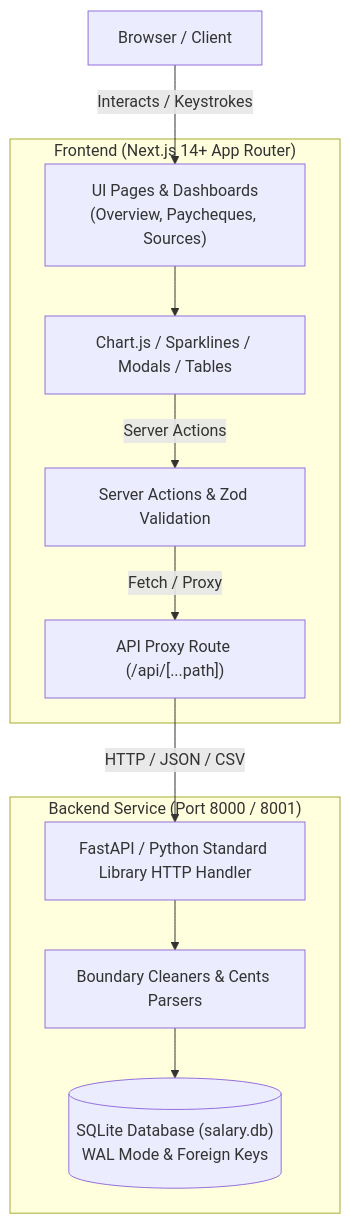
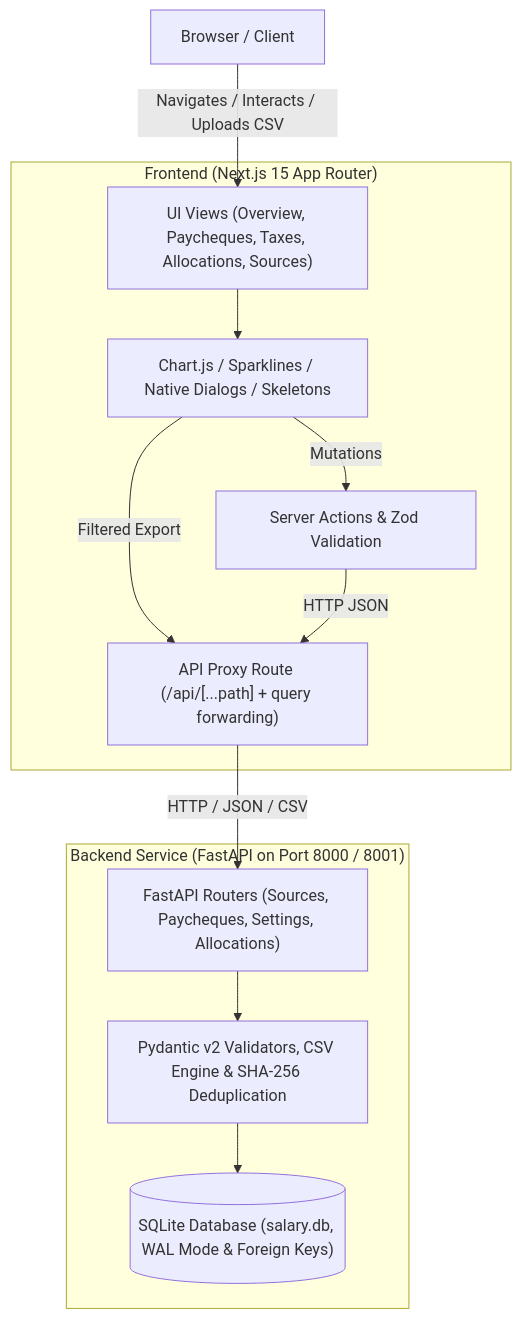
Before and after one commit to ethan17225/Salary_Management_App: the diagram in PROJECT_OVERVIEW.md, drawn with Mermaid. The commit also changed other lines of this file and 1 other file, not shown here.

Commit message:
docs: update project overview and tech stack documentation

````diff
--- a/PROJECT_OVERVIEW.md
+++ b/PROJECT_OVERVIEW.md
@@ -22,25 +23,26 @@
 ```mermaid
 flowchart TD
     Client["Browser / Client"]
 
-    subgraph Frontend ["Frontend (Next.js 14+ App Router)"]
-        UI["UI Pages & Dashboards<br/>(Overview, Paycheques, Sources)"]
-        Components["Chart.js / Sparklines / Modals / Tables"]
+    subgraph Frontend ["Frontend (Next.js 15 App Router)"]
+        UI["UI Views (Overview, Paycheques, Taxes, Allocations, Sources)"]
+        Components["Chart.js / Sparklines / Native Dialogs / Skeletons"]
         ServerActions["Server Actions & Zod Validation"]
-        ProxyRoute["API Proxy Route (/api/[...path])"]
+        ProxyRoute["API Proxy Route (/api/[...path] + query forwarding)"]
     end
 
-    subgraph Backend ["Backend Service (Port 8000 / 8001)"]
-        HTTPHandler["FastAPI / Python Standard Library HTTP Handler"]
-        Cleaners["Boundary Cleaners & Cents Parsers"]
-        SQLite[("SQLite Database (salary.db)<br/>WAL Mode & Foreign Keys")]
+    subgraph Backend ["Backend Service (FastAPI on Port 8000 / 8001)"]
+        API["FastAPI Routers (Sources, Paycheques, Settings, Allocations)"]
+        Domain["Pydantic v2 Validators, CSV Engine & SHA-256 Deduplication"]
+        SQLite[("SQLite Database (salary.db, WAL Mode & Foreign Keys)")]
     end
 
-    Client -->|Interacts / Keystrokes| UI
+    Client -->|Navigates / Interacts / Uploads CSV| UI
     UI --> Components
-    Components -->|Server Actions| ServerActions
-    ServerActions -->|Fetch / Proxy| ProxyRoute
-    ProxyRoute -->|HTTP / JSON / CSV| HTTPHandler
-    HTTPHandler --> Cleaners
-    Cleaners --> SQLite
+    Components -->|Mutations| ServerActions
+    Components -->|Filtered Export| ProxyRoute
+    ServerActions -->|HTTP JSON| ProxyRoute
+    ProxyRoute -->|HTTP / JSON / CSV| API
+    API --> Domain
+    Domain --> SQLite
 ```
````
